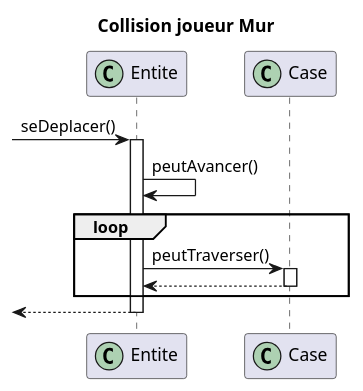
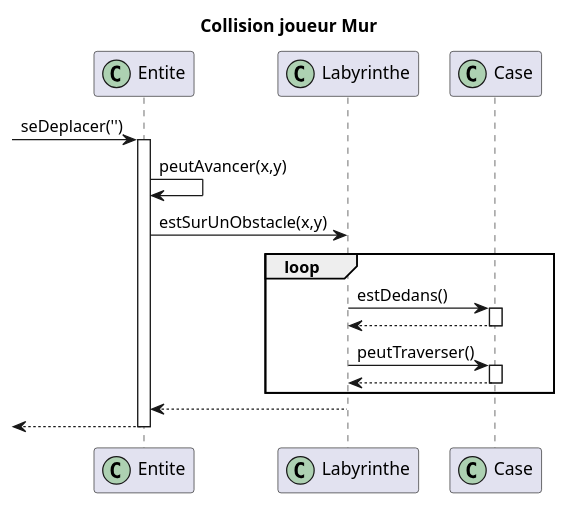
Before and after one commit to LoickNosal/2019_COO_Zeldiablo_Nosal9u_Demang146u_Sousa12u_Gsell5u: the diagram in documents/version_03/diagramme_sequence/CollisionCase.wsd, drawn with PlantUML. The commit also changed 1 other file, not shown here.

Commit message:
Mise a jour diagramme de sequence  Collision

```diff
--- a/documents/version_03/diagramme_sequence/CollisionCase.wsd
+++ b/documents/version_03/diagramme_sequence/CollisionCase.wsd
@@ -1,17 +1,25 @@
 @startuml
 title Collision joueur Mur
 participant Entite<< (C,#ADD1B2) >>
+participant Labyrinthe<< (C,#ADD1B2) >>
 participant Case<< (C,#ADD1B2) >>
 
- -> Entite: seDeplacer() 
+
+ -> Entite: seDeplacer('') 
 activate Entite
-Entite-> Entite: peutAvancer()
+Entite-> Entite: peutAvancer(x,y)
+Entite->Labyrinthe : estSurUnObstacle(x,y)
 loop 
-Entite -> Case :peutTraverser()
+Labyrinthe-> Case :estDedans()
 activate Case 
-Entite <--Case 
+Labyrinthe<--Case 
+deactivate Case 
+Labyrinthe-> Case :peutTraverser()
+activate Case 
+Labyrinthe<--Case 
 deactivate Case 
 end
+Entite<--Labyrinthe
  <-- Entite
 deactivate Entite
 @enduml
```
